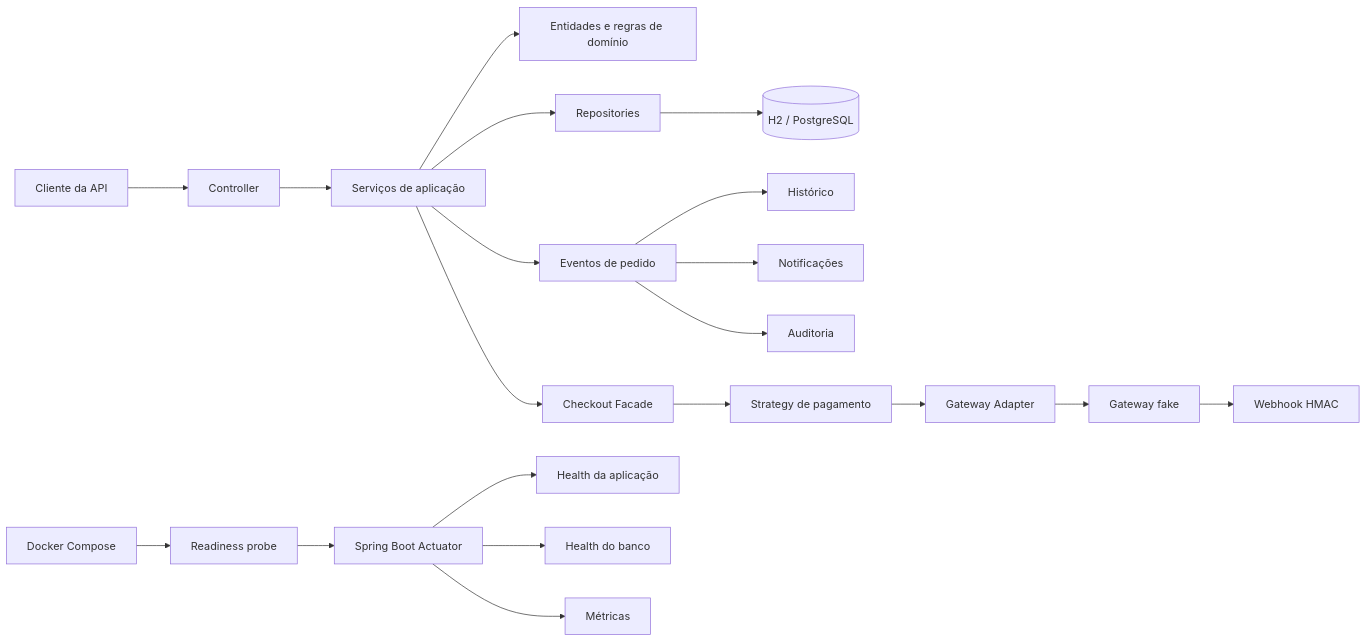
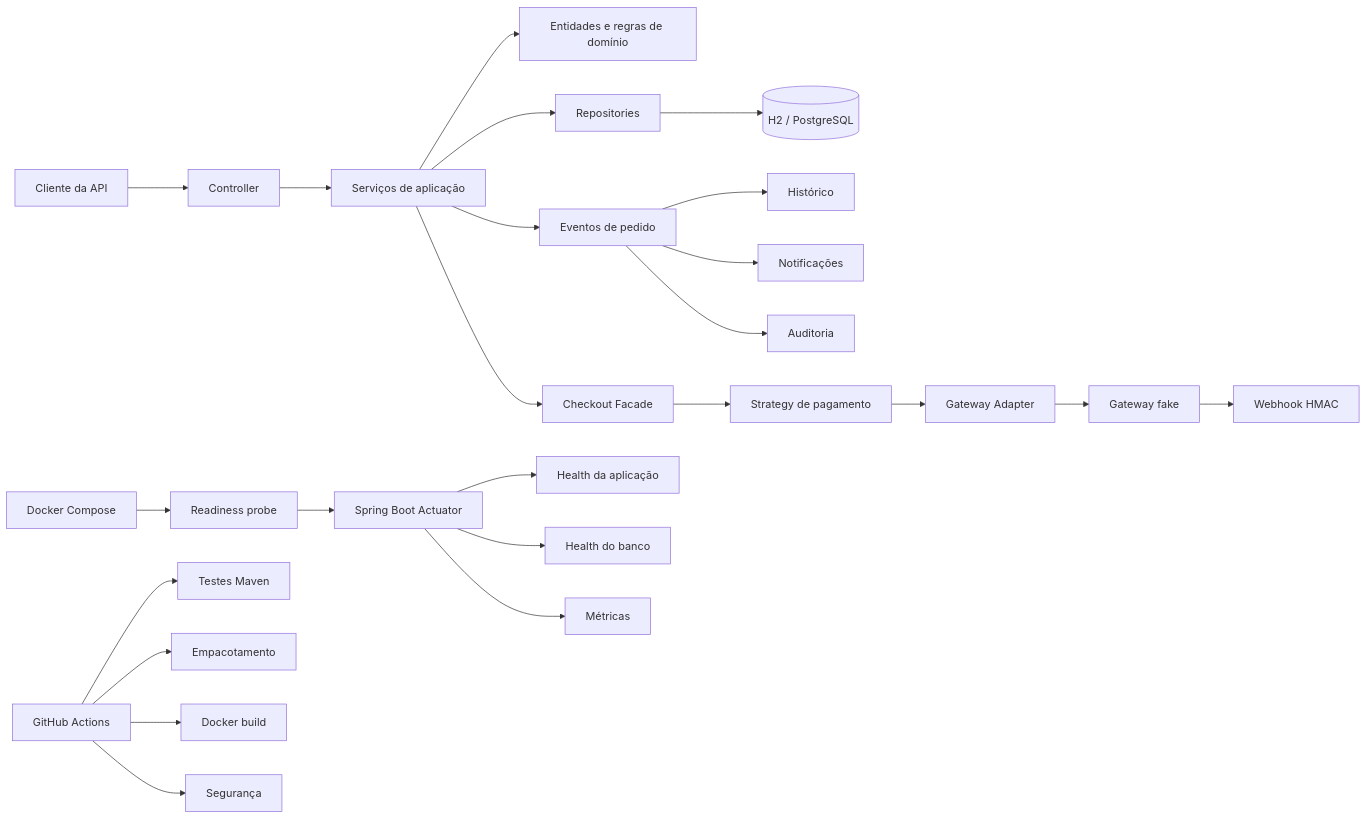
The diagram in README.md (FilipeX97/api-de-pedidos), drawn with Mermaid before and after one commit. The commit also changed other lines of this file and 2 other files, not shown here.

Commit message:
feat(ci): adicionar configuracao de integracao continua com GitHub Actions e documentaaco correspondente no README

````diff
--- a/README.md
+++ b/README.md
@@ -53,25 +59,31 @@
 ```mermaid
 flowchart LR
     Cliente[Cliente da API] --> Controller
     Controller --> Service[Serviços de aplicação]
     Service --> Domain[Entidades e regras de domínio]
     Service --> Repository[Repositories]
     Repository --> Database[(H2 / PostgreSQL)]
 
     Service --> Events[Eventos de pedido]
     Events --> History[Histórico]
     Events --> Notifications[Notificações]
     Events --> Audit[Auditoria]
 
     Service --> Checkout[Checkout Facade]
     Checkout --> PaymentStrategy[Strategy de pagamento]
     PaymentStrategy --> Adapter[Gateway Adapter]
     Adapter --> FakeGateway[Gateway fake]
     FakeGateway --> Webhook[Webhook HMAC]
 
     Monitoring[Spring Boot Actuator] --> ApplicationHealth[Health da aplicação]
     Monitoring --> DatabaseHealth[Health do banco]
     Monitoring --> Metrics[Métricas]
+
     Docker[Docker Compose] --> Readiness[Readiness probe]
     Readiness --> Monitoring
+
+    GitHub[GitHub Actions] --> Tests[Testes Maven]
+    GitHub --> Package[Empacotamento]
+    GitHub --> DockerBuild[Docker build]
+    GitHub --> Security[Segurança]
 ```
````
